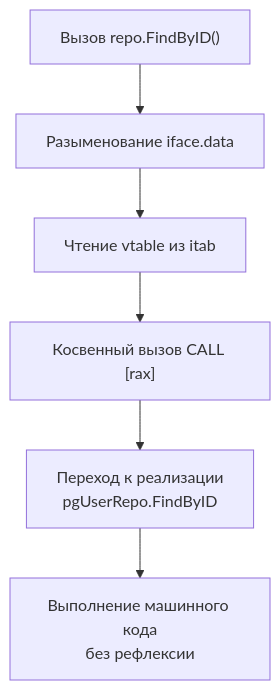
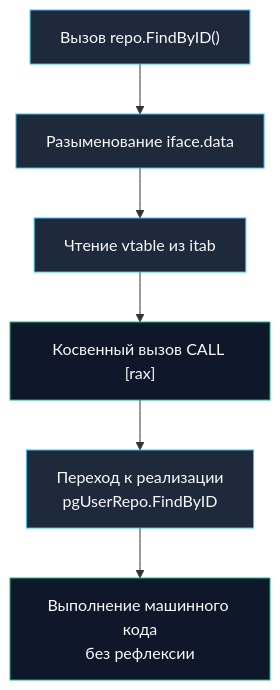
The diagram in sources/9. Бэкенд на Go (Практика разработки)/22. Repository pattern.md (UnrealTemplier/go-textbook), drawn with Mermaid before and after one commit. The commit also changed other lines of this file, not shown here.

````diff
--- a/sources/9. Бэкенд на Go (Практика разработки)/22. Repository pattern.md
+++ b/sources/9. Бэкенд на Go (Практика разработки)/22. Repository pattern.md
@@ -33,8 +41,13 @@
 ```mermaid
 flowchart TD
     A["Вызов repo.FindByID()"] --> B["Разыменование iface.data"]
     B --> C["Чтение vtable из itab"]
     C --> D["Косвенный вызов CALL [rax]"]
     D --> E["Переход к реализации<br>pgUserRepo.FindByID"]
     E --> F["Выполнение машинного кода<br>без рефлексии"]
+
+    classDef normal fill:#1e293b,stroke:#38bdf8,color:#f8fafc;
+    classDef asm fill:#0f172a,stroke:#10b981,color:#f8fafc;
+    class A,B,C,E normal;
+    class D,F asm;
 ```
````
